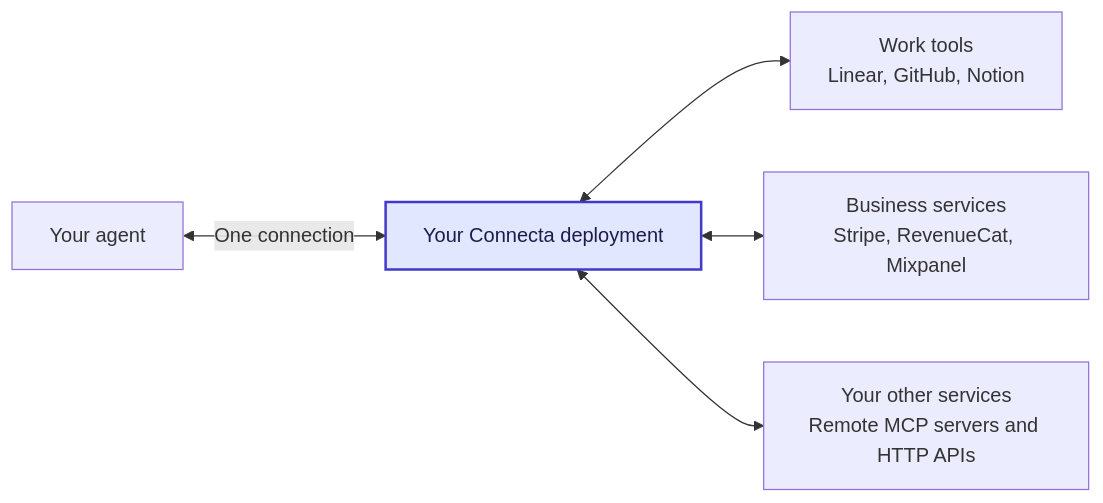
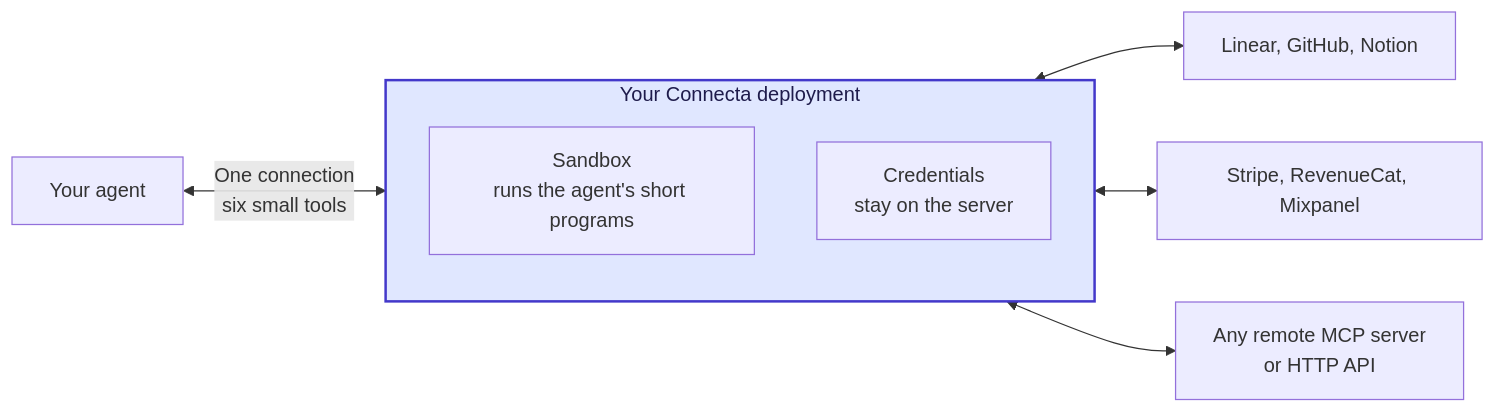
The first of 6 diagrams in README.md (zackbart/connecta), drawn with Mermaid before and after one commit. The commit also changed other lines of this file and 39 other files, not shown here.

````diff
--- a/README.md
+++ b/README.md
@@ -24,9 +10,15 @@
 ```mermaid
 flowchart LR
-    Agent["Your agent"] <-->|"One connection"| Connecta["Your Connecta deployment"]
-    Connecta <--> Work["Work tools<br/>Linear, GitHub, Notion"]
-    Connecta <--> Business["Business services<br/>Stripe, RevenueCat, Mixpanel"]
-    Connecta <--> Yours["Your other services<br/>Remote MCP servers and HTTP APIs"]
+    Agent["Your agent"] <-->|"One connection<br/>six small tools"| Connecta
+
+    subgraph Connecta["Your Connecta deployment"]
+        Sandbox["Sandbox<br/>runs the agent's short programs"]
+        Keys["Credentials<br/>stay on the server"]
+    end
+
+    Connecta <--> Work["Linear, GitHub, Notion"]
+    Connecta <--> Business["Stripe, RevenueCat, Mixpanel"]
+    Connecta <--> Yours["Any remote MCP server<br/>or HTTP API"]
 
     style Connecta fill:#e0e7ff,stroke:#4338ca,color:#1e1b4b,stroke-width:2px
 ```
````
